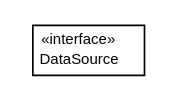
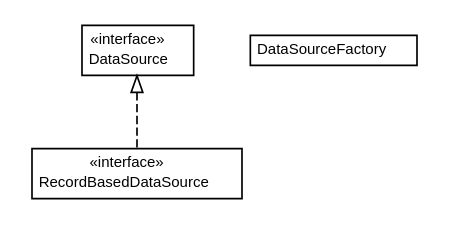
Before and after one commit to willmorejg/net.ljcomputing.randy: the diagram in docs/javadoc/apidocs/net/ljcomputing/randy/data/net.ljcomputing.randy.data.dot, drawn with Graphviz. The commit also changed 138 other files, not shown here.

```diff
--- a/docs/javadoc/apidocs/net/ljcomputing/randy/data/net.ljcomputing.randy.data.dot
+++ b/docs/javadoc/apidocs/net/ljcomputing/randy/data/net.ljcomputing.randy.data.dot
@@ -1,19 +1,34 @@
 #!/usr/local/bin/dot
 #
 # Class diagram 
 # Generated by UMLGraph version R5_6 (http://www.umlgraph.org/)
 #
 
 digraph G {
 	edge [fontname="Helvetica",fontsize=10,labelfontname="Helvetica",labelfontsize=10];
 	node [fontname="Helvetica",fontsize=10,shape=plaintext];
 	nodesep=0.25;
 	ranksep=0.5;
+	// net.ljcomputing.randy.data.RecordBasedDataSource
+	c0 [label=<<table title="net.ljcomputing.randy.data.RecordBasedDataSource" border="0" cellborder="1" cellspacing="0" cellpadding="2" port="p" href="./RecordBasedDataSource.html">
+		<tr><td><table border="0" cellspacing="0" cellpadding="1">
+<tr><td align="center" balign="center"> &#171;interface&#187; </td></tr>
+<tr><td align="center" balign="center"> RecordBasedDataSource </td></tr>
+		</table></td></tr>
+		</table>>, URL="./RecordBasedDataSource.html", fontname="Helvetica", fontcolor="black", fontsize=9.0];
 	// net.ljcomputing.randy.data.DataSource
-	c0 [label=<<table title="net.ljcomputing.randy.data.DataSource" border="0" cellborder="1" cellspacing="0" cellpadding="2" port="p" href="./DataSource.html">
+	c1 [label=<<table title="net.ljcomputing.randy.data.DataSource" border="0" cellborder="1" cellspacing="0" cellpadding="2" port="p" href="./DataSource.html">
 		<tr><td><table border="0" cellspacing="0" cellpadding="1">
 <tr><td align="center" balign="center"> &#171;interface&#187; </td></tr>
 <tr><td align="center" balign="center"> DataSource </td></tr>
 		</table></td></tr>
 		</table>>, URL="./DataSource.html", fontname="Helvetica", fontcolor="black", fontsize=9.0];
+	// net.ljcomputing.randy.data.DataSourceFactory
+	c2 [label=<<table title="net.ljcomputing.randy.data.DataSourceFactory" border="0" cellborder="1" cellspacing="0" cellpadding="2" port="p" href="./DataSourceFactory.html">
+		<tr><td><table border="0" cellspacing="0" cellpadding="1">
+<tr><td align="center" balign="center"> DataSourceFactory </td></tr>
+		</table></td></tr>
+		</table>>, URL="./DataSourceFactory.html", fontname="Helvetica", fontcolor="black", fontsize=9.0];
+	//net.ljcomputing.randy.data.RecordBasedDataSource implements net.ljcomputing.randy.data.DataSource
+	c1:p -> c0:p [dir=back,arrowtail=empty,style=dashed];
 }
```
